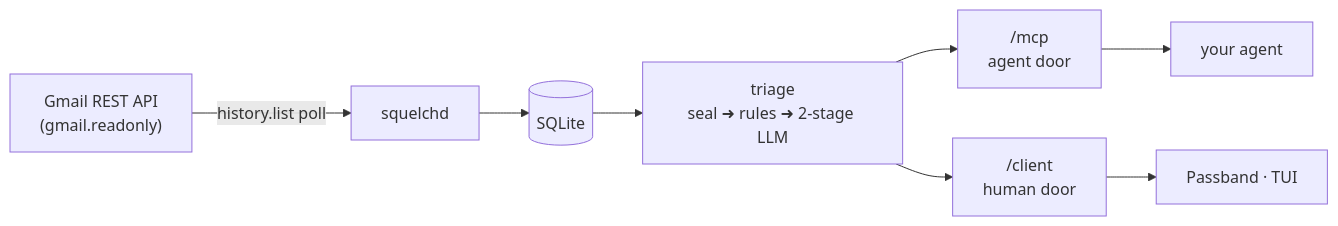
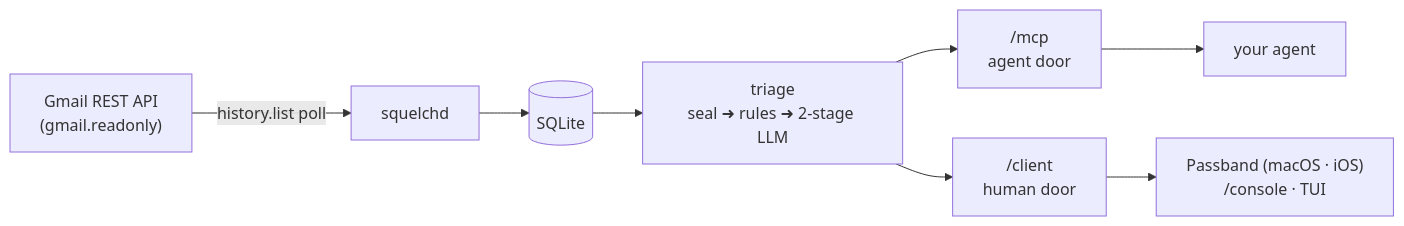
Before and after one commit to braelyn-ai/squelch: the diagram in README.md, drawn with Mermaid. The commit also changed other lines of this file and 9 other files, not shown here.

````diff
--- a/README.md
+++ b/README.md
@@ -42,10 +43,10 @@
 ```mermaid
 flowchart LR
     G["Gmail REST API<br/>(gmail.readonly)"] -->|history.list poll| D[squelchd]
     D --> S[(SQLite)]
     S --> T["triage<br/>seal ➜ rules ➜ 2-stage LLM"]
     T --> M["/mcp<br/>agent door"]
     T --> C["/client<br/>human door"]
     M --> A["your agent"]
-    C --> P["Passband · TUI"]
+    C --> P["Passband (macOS · iOS)<br/>/console · TUI"]
 ```
````
